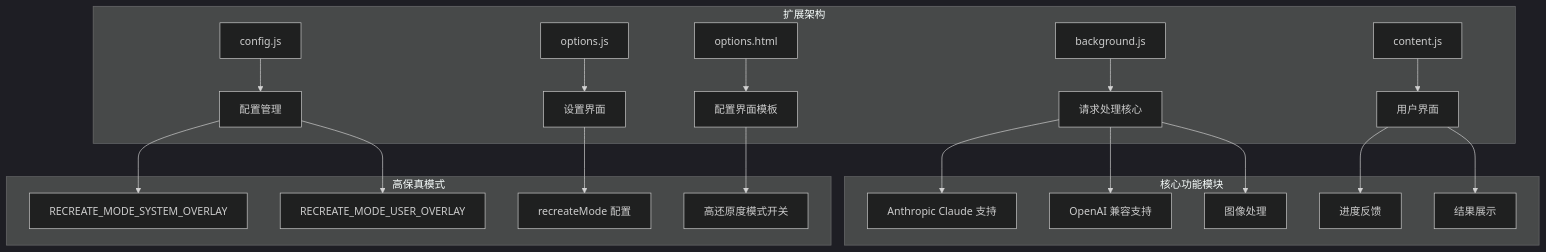
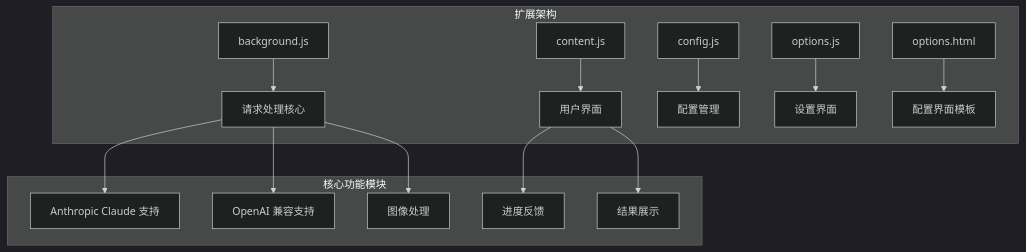
The first of 9 diagrams in .qoder/repowiki/zh/content/核心功能/AI 模型集成/Anthropic Claude 接口.md (binasi/Img2Prompt), drawn with Mermaid (dark theme) before and after one commit. The commit also changed other lines of this file and 8 other files, not shown here.

````diff
--- a/.qoder/repowiki/zh/content/核心功能/AI 模型集成/Anthropic Claude 接口.md
+++ b/.qoder/repowiki/zh/content/核心功能/AI 模型集成/Anthropic Claude 接口.md
@@ -41,23 +39,17 @@
 ```mermaid
 graph TB
 subgraph "扩展架构"
 A[background.js] --> B[请求处理核心]
 C[content.js] --> D[用户界面]
 E[config.js] --> F[配置管理]
 G[options.js] --> H[设置界面]
 I[options.html] --> J[配置界面模板]
 end
 subgraph "核心功能模块"
 B --> K[Anthropic Claude 支持]
 B --> L[OpenAI 兼容支持]
 B --> M[图像处理]
 D --> N[进度反馈]
 D --> O[结果展示]
 end
-subgraph "高保真模式"
-F --> P[RECREATE_MODE_SYSTEM_OVERLAY]
-F --> Q[RECREATE_MODE_USER_OVERLAY]
-H --> R[recreateMode 配置]
-J --> S[高还原度模式开关]
-end
 ```
````
